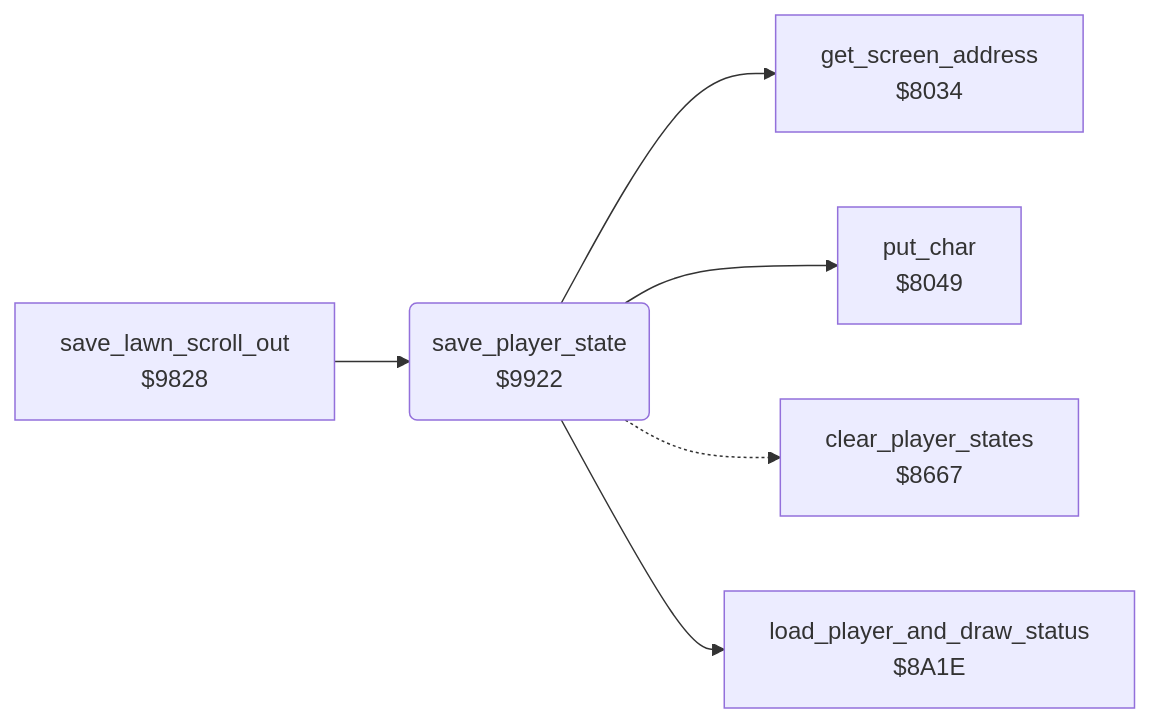
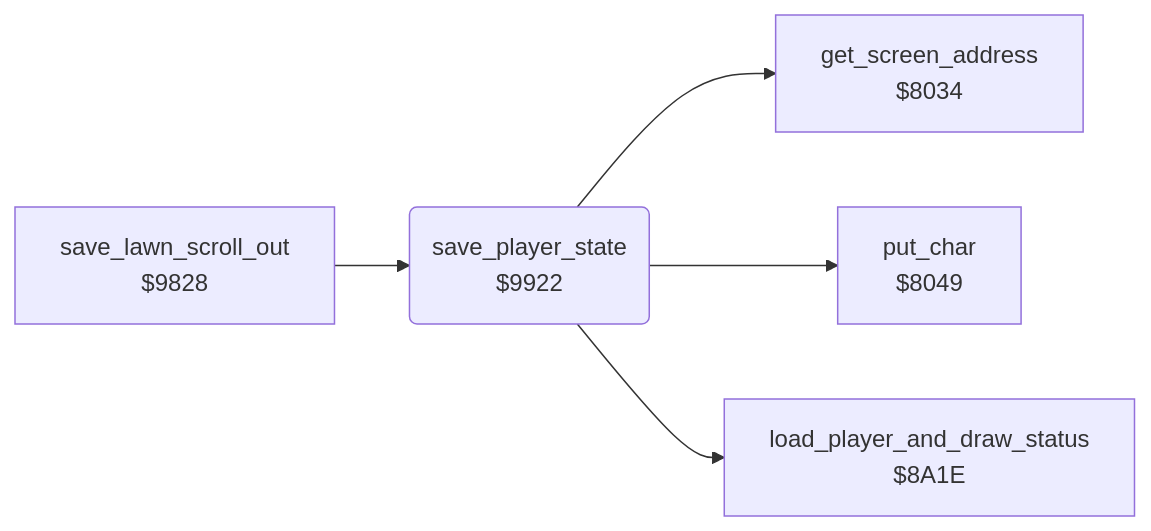
One commit to henols/c64_games changed the diagram in hover_bovver/docs/reference/modules/player/player_state.md. Above: the diagram before and after it, drawn with Mermaid. The commit also changed other lines of this file and 1100 other files, not shown here.

````diff
--- a/hover_bovver/docs/reference/modules/player/player_state.md
+++ b/hover_bovver/docs/reference/modules/player/player_state.md
@@ -10,14 +17,12 @@
 ```mermaid
 flowchart LR
   n8034["get_screen_address<br/>$8034"]
   n8049["put_char<br/>$8049"]
-  n8667["clear_player_states<br/>$8667"]
   n8a1e["load_player_and_draw_status<br/>$8A1E"]
   n9828["save_lawn_scroll_out<br/>$9828"]
   n9922("save_player_state<br/>$9922")
   n9828 --> n9922
   n9922 --> n8034
   n9922 --> n8049
-  n9922 -.-> n8667
   n9922 --> n8a1e
 ```
````
